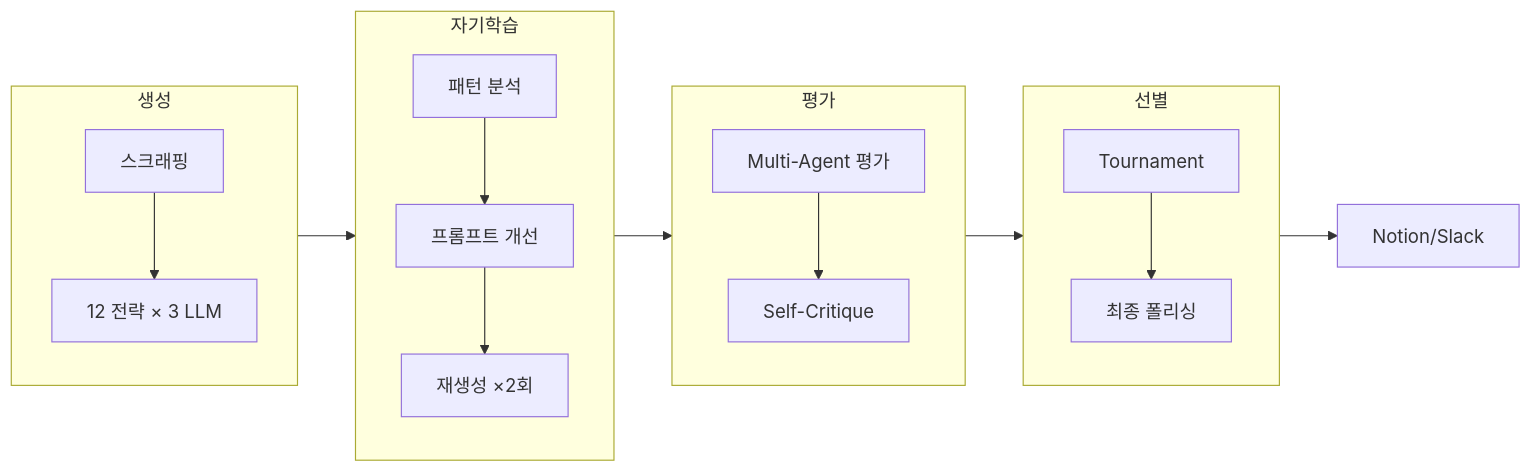
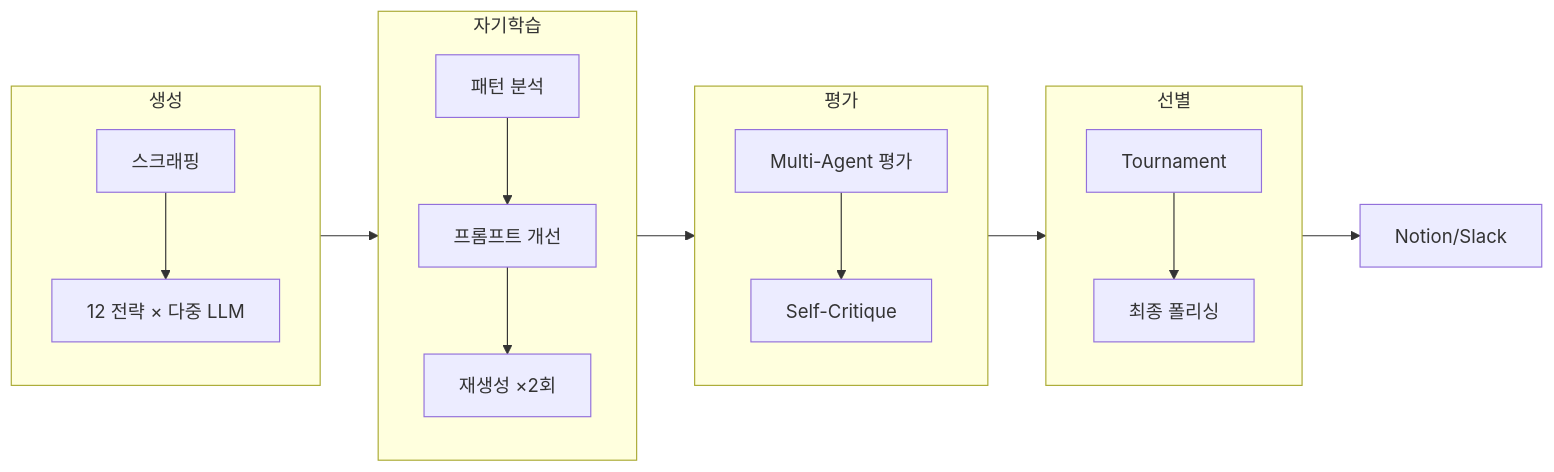
Before and after one commit to joelonsw/fast-naming: the diagram in README.md, drawn with Mermaid. The commit also changed other lines of this file and 7 other files, not shown here.

````diff
--- a/README.md
+++ b/README.md
@@ -36,21 +36,21 @@
 ```mermaid
 flowchart LR
     subgraph Phase1[생성]
-        A[스크래핑] --> B[12 전략 × 3 LLM]
+        A[스크래핑] --> B[12 전략 × 다중 LLM]
     end
     
     subgraph Phase2[자기학습]
         C[패턴 분석] --> D[프롬프트 개선]
         D --> E[재생성 ×2회]
     end
     
     subgraph Phase3[평가]
         F[Multi-Agent 평가] --> G[Self-Critique]
     end
     
     subgraph Phase4[선별]
         H[Tournament] --> I[최종 폴리싱]
     end
     
     Phase1 --> Phase2 --> Phase3 --> Phase4 --> J[Notion/Slack]
 ```
````
